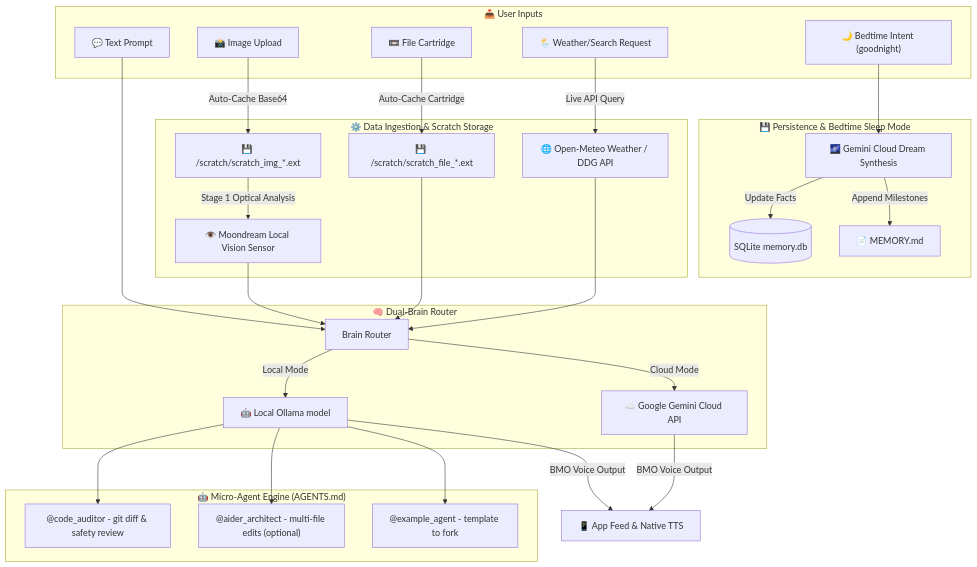
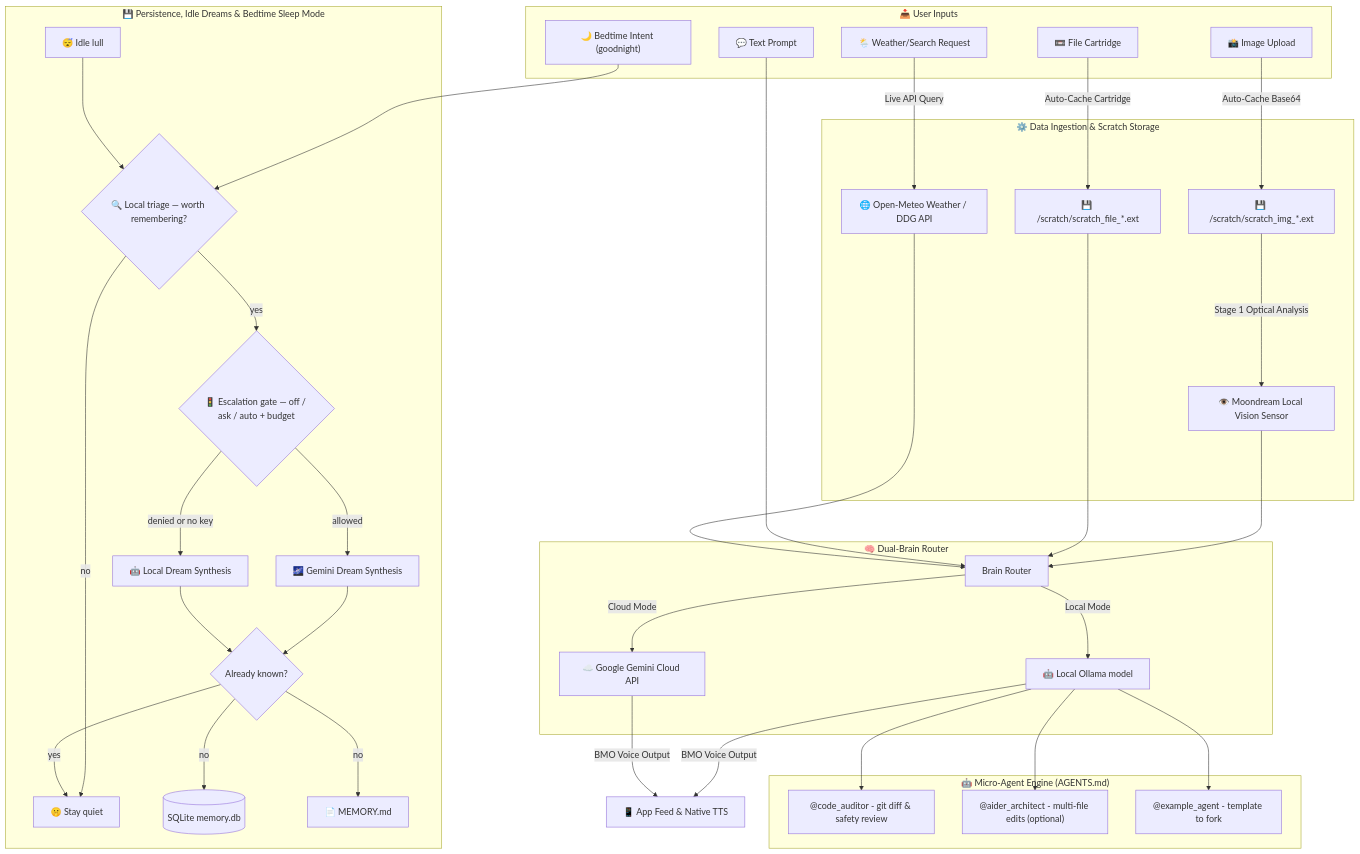
Before and after one commit to Theofiledes/more: the diagram in README.md, drawn with Mermaid. The commit also changed other lines of this file, not shown here.

First line of the commit message:
docs(readme): correct the install token step, the version, and the dream flow

````diff
--- a/README.md
+++ b/README.md
@@ -220,41 +274,49 @@
 ```mermaid
 flowchart TD
     subgraph Inputs ["📥 User Inputs"]
         A[💬 Text Prompt]
         B[📸 Image Upload]
         C[📼 File Cartridge]
         D[🌦️ Weather/Search Request]
         E["🌙 Bedtime Intent (goodnight)"]
     end
 
     subgraph Pipeline ["⚙️ Data Ingestion & Scratch Storage"]
         B -->|Auto-Cache Base64| S1[💾 /scratch/scratch_img_*.ext]
         C -->|Auto-Cache Cartridge| S2[💾 /scratch/scratch_file_*.ext]
         S1 -->|Stage 1 Optical Analysis| M1[👁️ Moondream Local Vision Sensor]
         D -->|Live API Query| W1[🌐 Open-Meteo Weather / DDG API]
     end
 
     subgraph BrainRouter ["🧠 Dual-Brain Router"]
         M1 --> R[Brain Router]
         S2 --> R
         A --> R
         W1 --> R
         R -->|Local Mode| L1[🤖 Local Ollama model]
         R -->|Cloud Mode| G1[☁️ Google Gemini Cloud API]
     end
 
     subgraph SubRoutines ["🤖 Micro-Agent Engine (AGENTS.md)"]
         L1 --> AG1["@code_auditor - git diff & safety review"]
         L1 --> AG2["@aider_architect - multi-file edits (optional)"]
         L1 --> AG3["@example_agent - template to fork"]
     end
 
-    subgraph MemoryPersistence ["💾 Persistence & Bedtime Sleep Mode"]
-        E --> DS[🌌 Gemini Cloud Dream Synthesis]
-        DS -->|Update Facts| DB[(SQLite memory.db)]
-        DS -->|Append Milestones| MD[📄 MEMORY.md]
+    subgraph MemoryPersistence ["💾 Persistence, Idle Dreams & Bedtime Sleep Mode"]
+        E --> TR{"🔍 Local triage — worth remembering?"}
+        IDLE[😴 Idle lull] --> TR
+        TR -->|no| QUIET[🤫 Stay quiet]
+        TR -->|yes| GATE{"🚦 Escalation gate — off / ask / auto + budget"}
+        GATE -->|allowed| DS[🌌 Gemini Dream Synthesis]
+        GATE -->|denied or no key| DL[🤖 Local Dream Synthesis]
+        DS --> DEDUP{Already known?}
+        DL --> DEDUP
+        DEDUP -->|yes| QUIET
+        DEDUP -->|no| DB[(SQLite memory.db)]
+        DEDUP -->|no| MD[📄 MEMORY.md]
     end
 
     L1 -->|BMO Voice Output| UI[📱 App Feed & Native TTS]
     G1 -->|BMO Voice Output| UI
 ```
````
